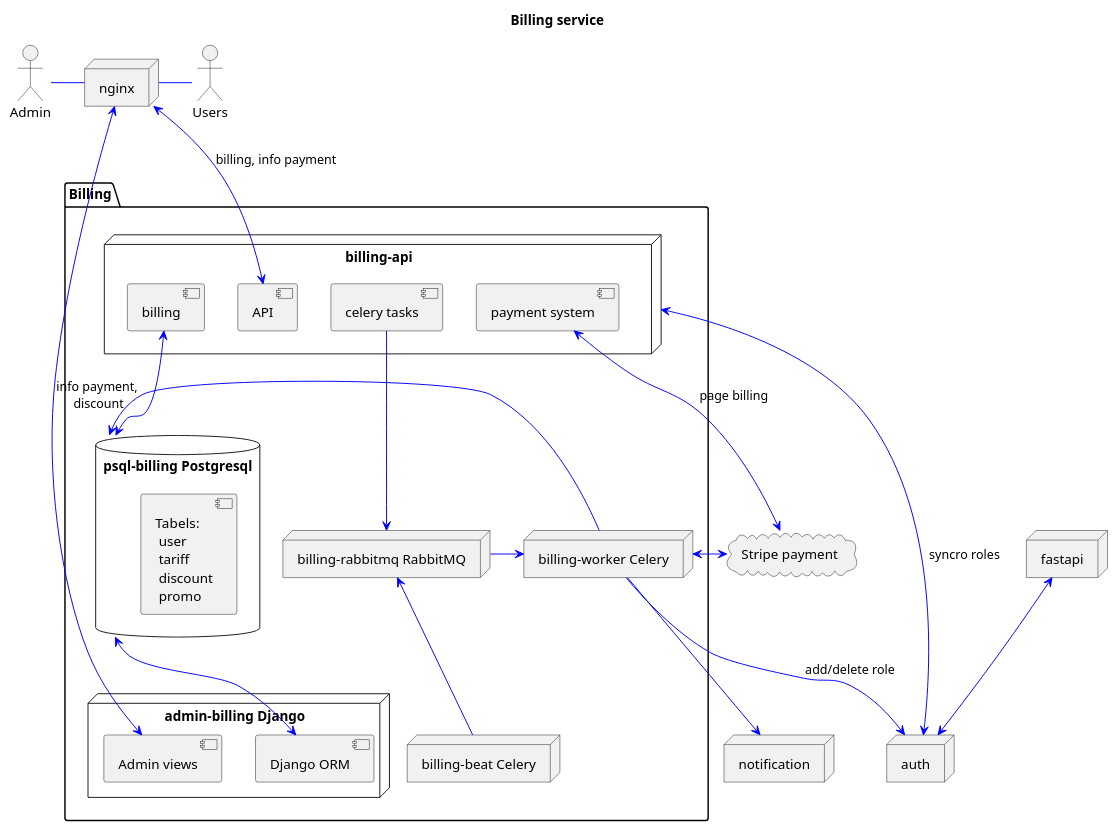
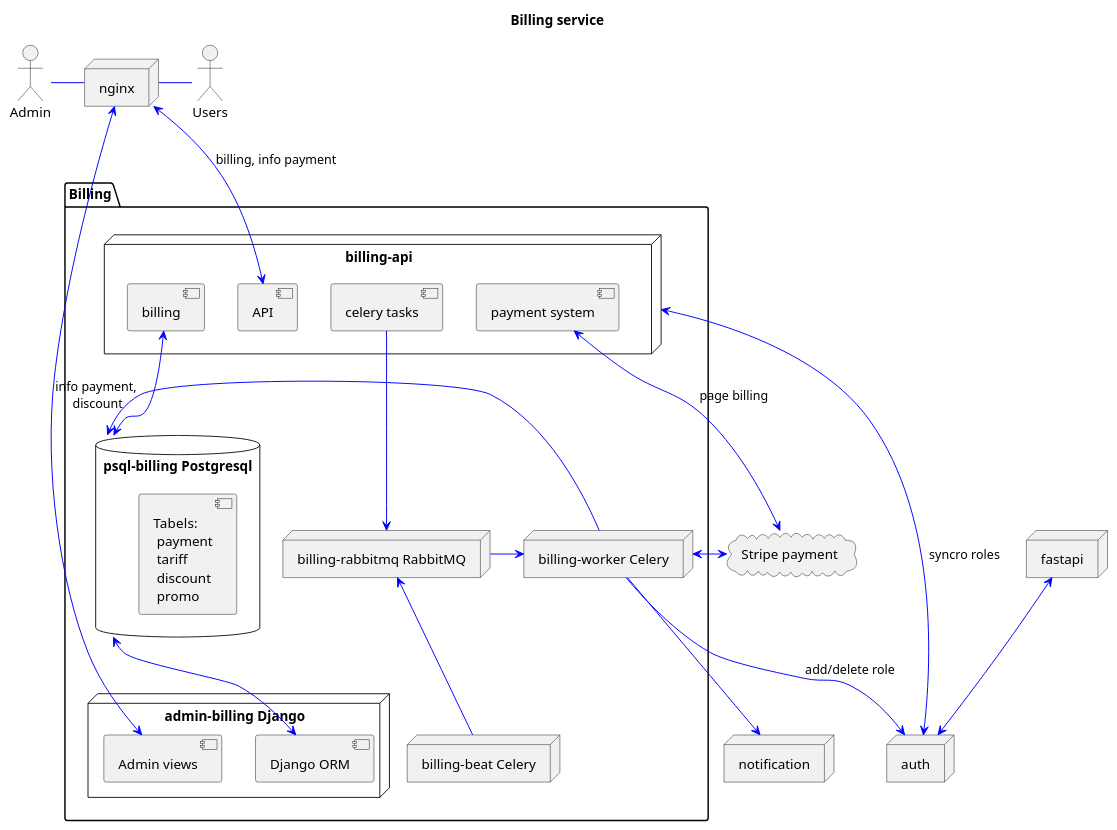
Before and after one commit to AlexeyBely/graduate_work: the diagram in scheme/billing_system_schema.puml, drawn with PlantUML. The commit also changed 21 other files, not shown here.

```diff
--- a/scheme/billing_system_schema.puml
+++ b/scheme/billing_system_schema.puml
@@ -1,50 +1,50 @@
 @startuml billing_system_schema
 title Billing service
 skinparam componentStyle uml2
 
 actor Users
 actor Admin
 node "nginx" as nginx
 node "fastapi" as fastapi
 node "auth" as auth
 node "notification" as notify
 package "Billing" {
     node "admin-billing Django" as django{
         component "Admin views" as admin_views        
         component "Django ORM" as admin_orm            
     }
     database "psql-billing Postgresql" as psql {    
-        component "Tabels: \n user\n tariff\n discount\n promo" as tables
+        component "Tabels: \n payment\n tariff\n discount\n promo" as tables
     }
     node "billing-api" as billing_api{
         component "API" as api
         component "billing" as api_billing 
         component "payment system" as payment
         component "celery tasks" as celery_tasks                  
     }
     node "billing-rabbitmq RabbitMQ" as rabbit
     node "billing-worker Celery" as worker    
     node "billing-beat Celery" as beat
 }
 cloud "Stripe payment"  as stripe
      
 Users -[#blue]left- nginx
 Admin -[#blue]right- nginx
 nginx <-[#blue]down-> admin_views : info payment,\n discount
 nginx <-[#blue]down-> api : billing, info payment
 fastapi <-[#blue]down-> auth
 billing_api <-[#blue]> auth : syncro roles
 
 admin_orm <-[#blue]up-> psql 
 api_billing <-[#blue]> psql
 payment <-[#blue]> stripe : page billing
 celery_tasks -[#blue]down-> rabbit
 
 beat -[#blue]up-> rabbit
 rabbit -[#blue]> worker
 worker <-[#blue]> stripe
 worker -[#blue]down-> auth : add/delete role
 worker -[#blue]down-> notify
 worker -[#blue]right-> psql
  
 @enduml 
```
